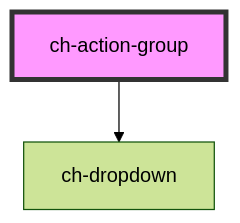
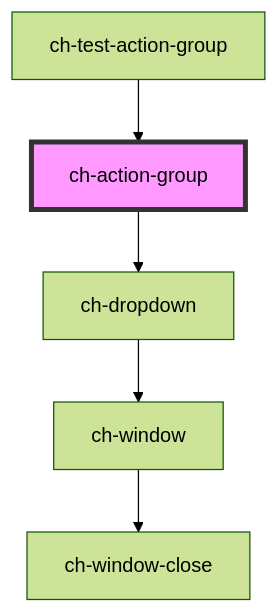
Before and after one commit to genexuslabs/chameleon-controls-library: the diagram in src/components/action-group/readme.md, drawn with Mermaid (forest theme). The commit also changed other lines of this file and 6 other files, not shown here.

````diff
--- a/src/components/action-group/readme.md
+++ b/src/components/action-group/readme.md
@@ -51,5 +55,8 @@
 ```mermaid
 graph TD;
   ch-action-group --> ch-dropdown
+  ch-dropdown --> ch-window
+  ch-window --> ch-window-close
+  ch-test-action-group --> ch-action-group
   style ch-action-group fill:#f9f,stroke:#333,stroke-width:4px
 ```
````
